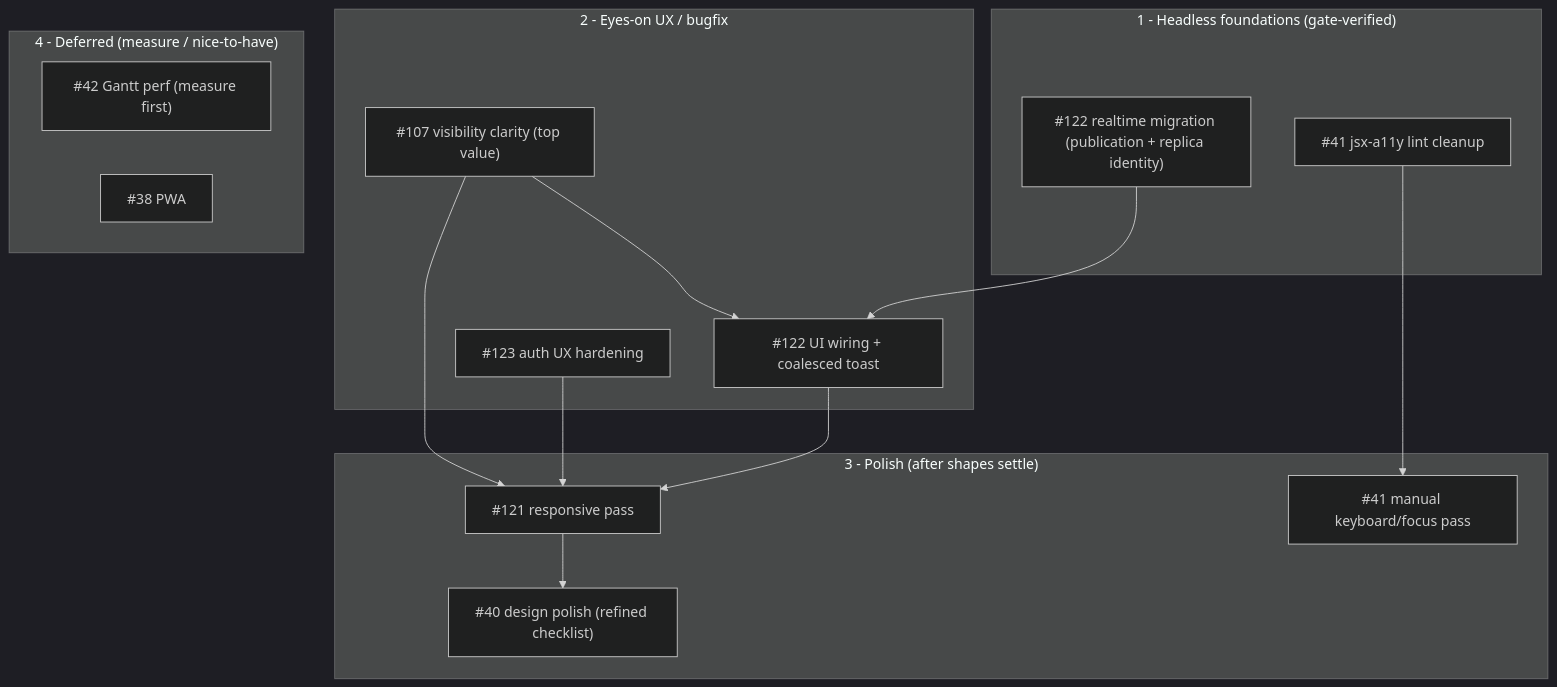
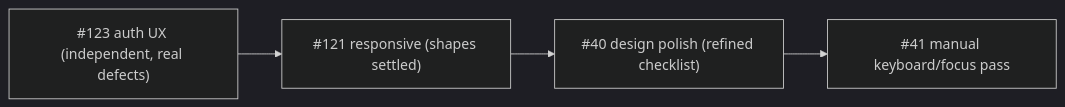
The second of 2 diagrams in docs/audits/milestone-Phase 6 - Polish, responsiveness & UX (milestone #6)-audit.md (zestones/vista), drawn with Mermaid (dark theme) before and after one commit. The commit also changed other lines of this file, not shown here.

Commit message:
docs: Phase 6 milestone re-audit (post realtime + visibility, #42/#38 to Phase 7)

````diff
--- a/docs/audits/milestone-Phase 6 - Polish, responsiveness & UX (milestone #6)-audit.md
+++ b/docs/audits/milestone-Phase 6 - Polish, responsiveness & UX (milestone #6)-audit.md
@@ -100,28 +75,6 @@
 ```mermaid
-flowchart TD
-  subgraph H["1 - Headless foundations (gate-verified)"]
-    A["#122 realtime migration (publication + replica identity)"]
-    B["#41 jsx-a11y lint cleanup"]
-  end
-  subgraph E["2 - Eyes-on UX / bugfix"]
-    C["#107 visibility clarity (top value)"]
-    D["#122 UI wiring + coalesced toast"]
-    F["#123 auth UX hardening"]
-  end
-  subgraph L["3 - Polish (after shapes settle)"]
-    G["#121 responsive pass"]
-    H2["#40 design polish (refined checklist)"]
-    I["#41 manual keyboard/focus pass"]
-  end
-  subgraph D2["4 - Deferred (measure / nice-to-have)"]
-    J["#42 Gantt perf (measure first)"]
-    K["#38 PWA"]
-  end
-  A --> D
-  C --> D
-  C --> G
-  D --> G
-  F --> G
-  G --> H2
-  B --> I
+flowchart LR
+  A["#123 auth UX (independent, real defects)"] --> B["#121 responsive (shapes settled)"]
+  B --> C["#40 design polish (refined checklist)"]
+  C --> D["#41 manual keyboard/focus pass"]
 ```
````
